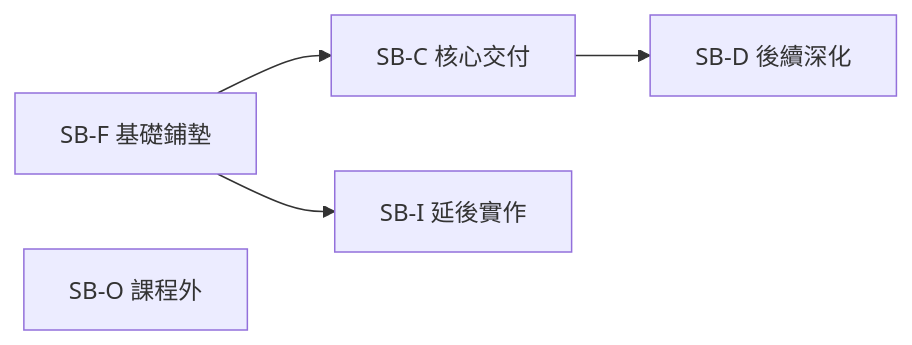
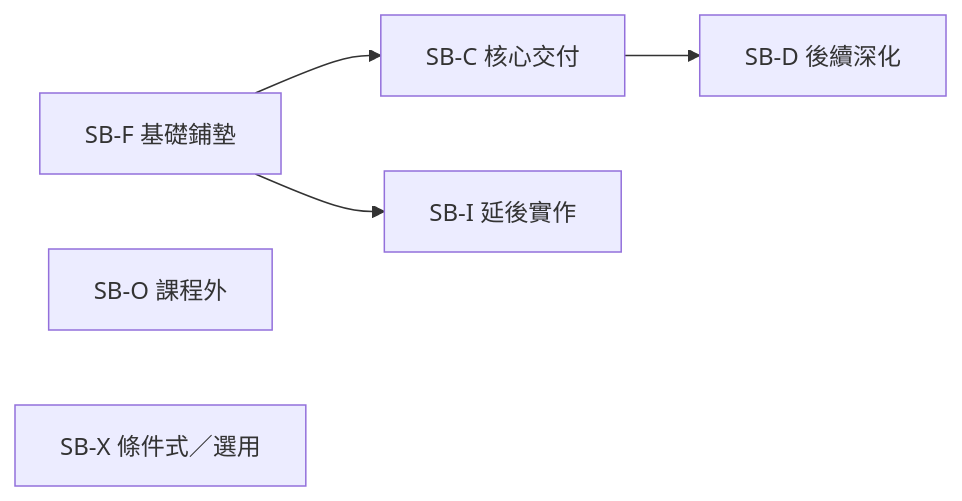
The first of 2 diagrams in design/06-scope-boundary.zh-TW.md (inred329/summer_pre_course_2026), drawn with Mermaid before and after one commit. The commit also changed other lines of this file and 104 other files, not shown here.

````diff
--- a/design/06-scope-boundary.zh-TW.md
+++ b/design/06-scope-boundary.zh-TW.md
@@ -34,7 +36,8 @@
 ```mermaid
 flowchart LR
     F[SB-F 基礎鋪墊] --> C[SB-C 核心交付]
     C --> D[SB-D 後續深化]
     F --> I[SB-I 延後實作]
     O[SB-O 課程外]
+    X[SB-X 條件式／選用]
 ```
````
